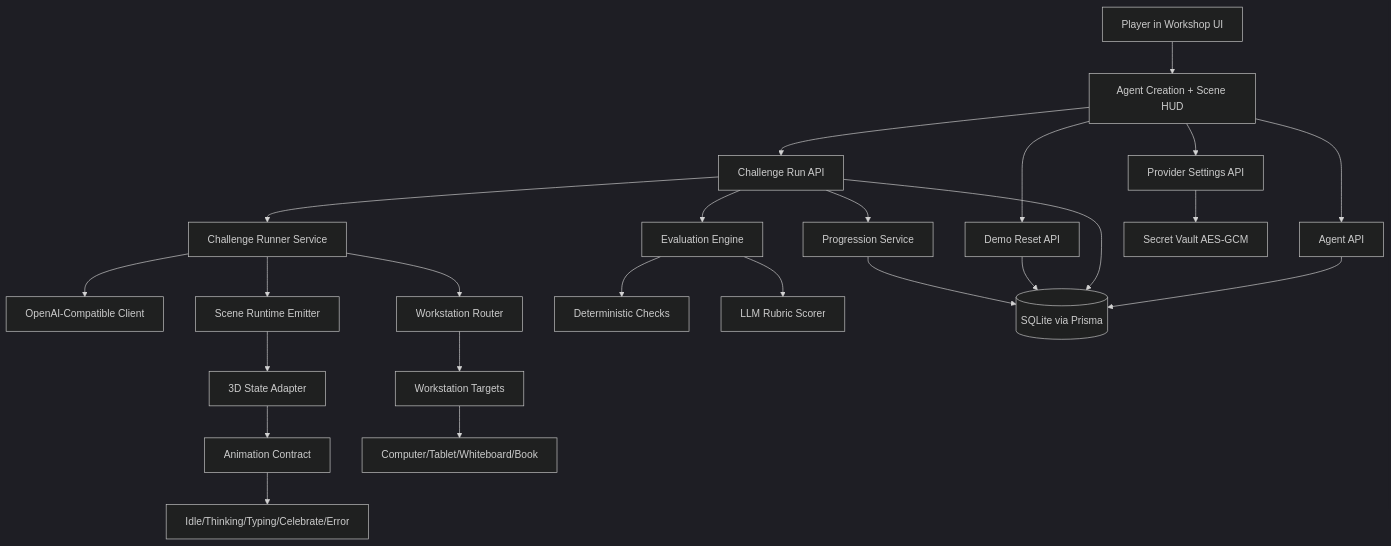
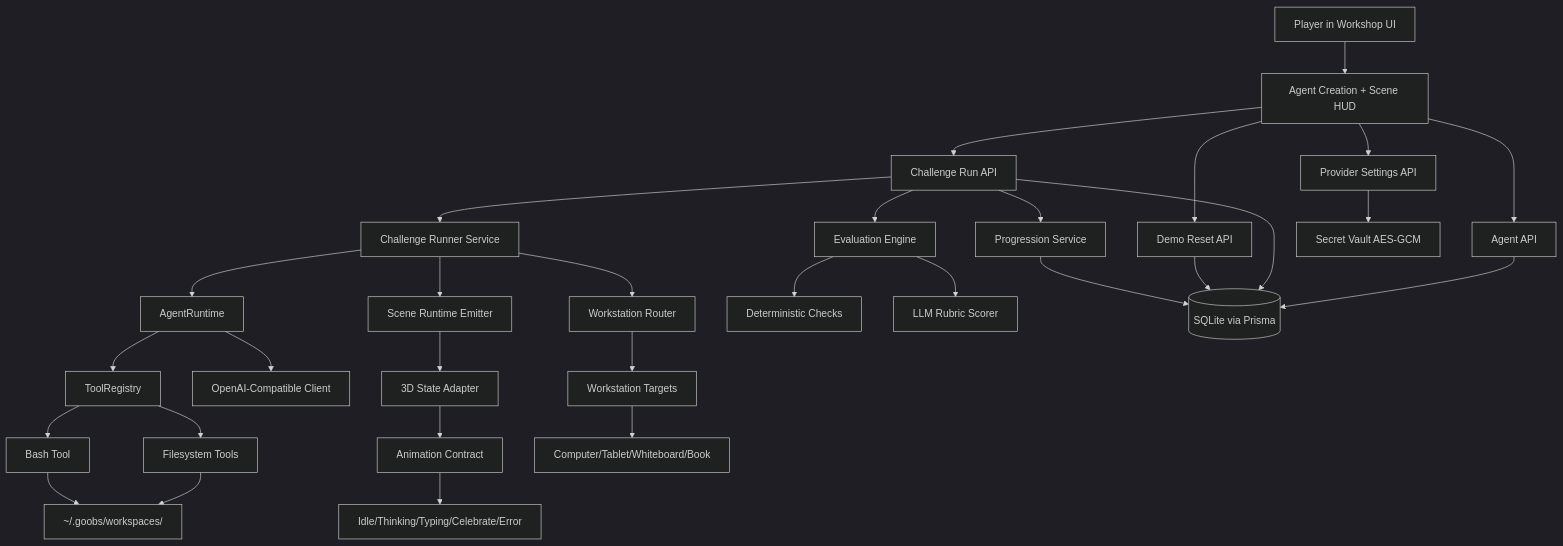
One commit to braydenleung-Git/Goobs changed the diagram in .specs/features/mvp-workshop/design.md. Above: the diagram before and after it, drawn with Mermaid (dark theme). The commit also changed other lines of this file and 28 other files, not shown here.

Commit message:
feat(runtime): add sandboxed agent runtime with tools, workspace, and evaluation updates

````diff
--- a/.specs/features/mvp-workshop/design.md
+++ b/.specs/features/mvp-workshop/design.md
@@ -13,30 +15,37 @@
 ```mermaid
 graph TD
     U[Player in Workshop UI] --> A[Agent Creation + Scene HUD]
     A --> B[Provider Settings API]
     A --> C[Agent API]
     A --> D[Challenge Run API]
     A --> E[Demo Reset API]
 
     D --> F[Challenge Runner Service]
-    F --> G[OpenAI-Compatible Client]
+    F --> FR[AgentRuntime]
+    FR --> TR[ToolRegistry]
+    TR --> FS[Filesystem Tools]
+    TR --> BS[Bash Tool]
+    FR --> G[OpenAI-Compatible Client]
     F --> H[Workstation Router]
     F --> I[Scene Runtime Emitter]
 
     D --> J[Evaluation Engine]
     J --> K[Deterministic Checks]
     J --> L[LLM Rubric Scorer]
     D --> M[Progression Service]
 
     B --> N[Secret Vault AES-GCM]
     C --> O[(SQLite via Prisma)]
     D --> O
     E --> O
     M --> O
 
     I --> P[3D State Adapter]
     P --> Q[Animation Contract]
     Q --> R[Idle/Thinking/Typing/Celebrate/Error]
     H --> S[Workstation Targets]
     S --> T[Computer/Tablet/Whiteboard/Book]
+
+    FS --> WP["~/.goobs/workspaces/"]
+    BS --> WP
 ```
````
